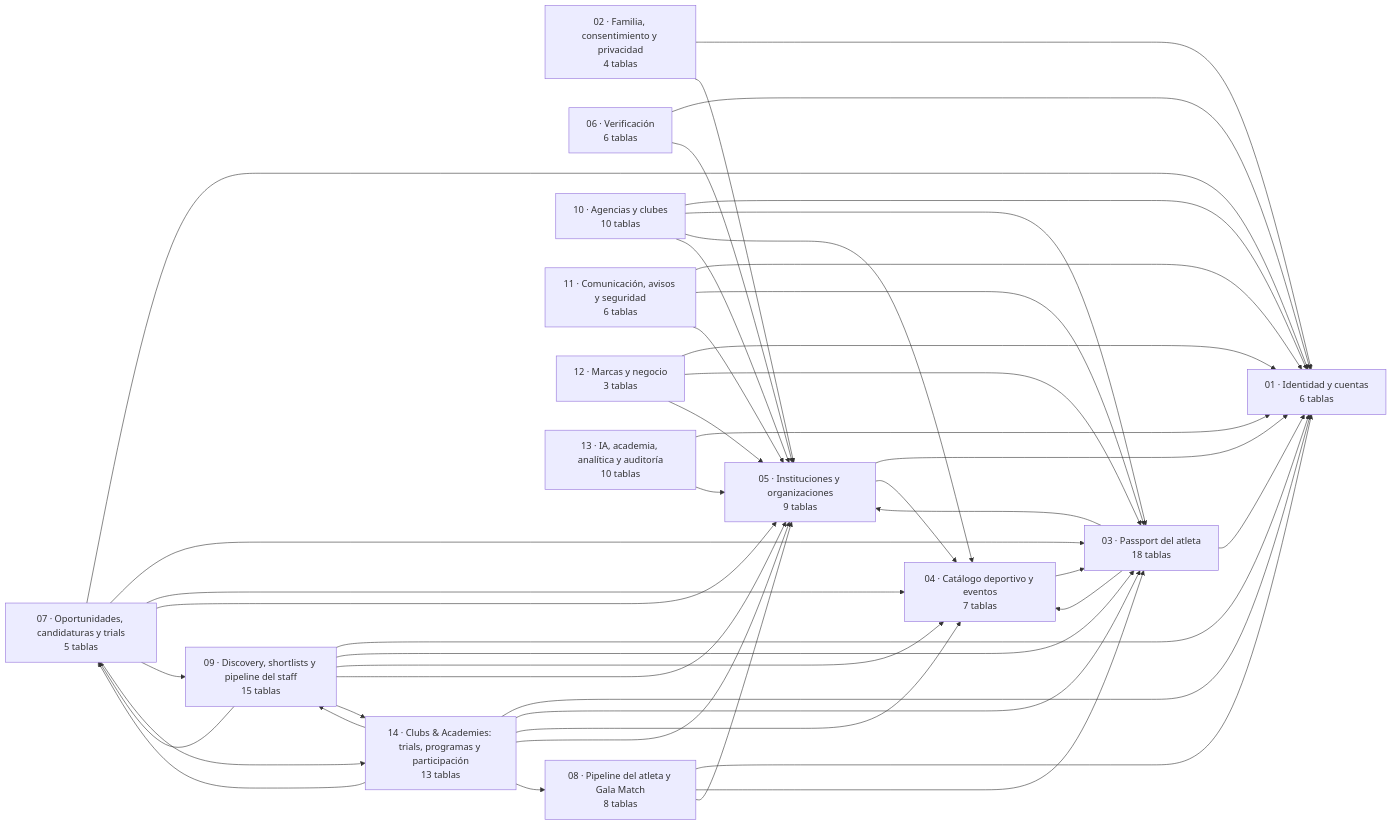
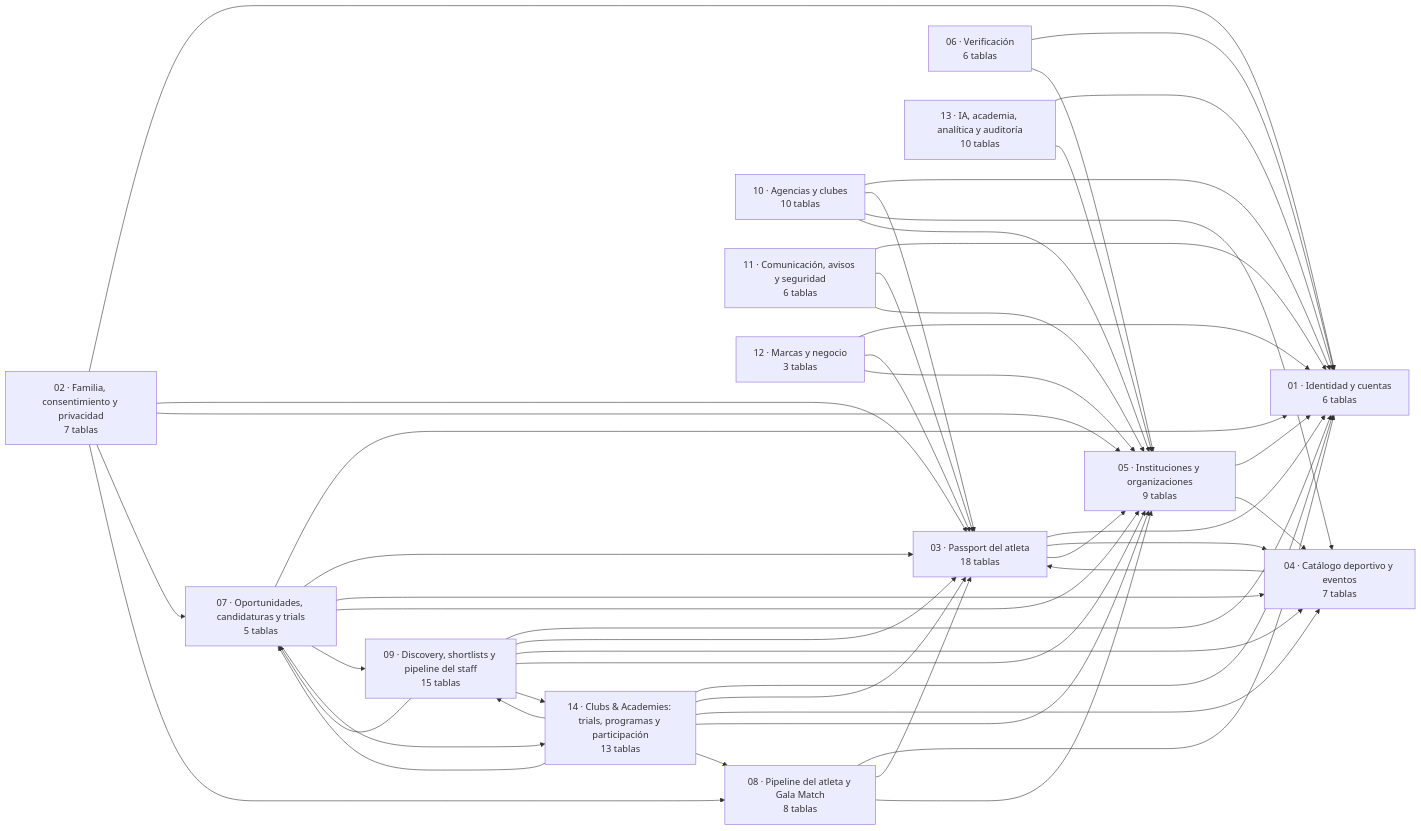
The first of 2 diagrams in docs/erd/00-MASTER.md (Galacamarena9/THE-GALA-ALLIANCE), drawn with Mermaid before and after one commit. The commit also changed other lines of this file and 32 other files, not shown here.

````diff
--- a/docs/erd/00-MASTER.md
+++ b/docs/erd/00-MASTER.md
@@ -13,61 +13,64 @@
 ```mermaid
 flowchart LR
   D01["01 · Identidad y cuentas<br>6 tablas"]
-  D02["02 · Familia, consentimiento y privacidad<br>4 tablas"]
+  D02["02 · Familia, consentimiento y privacidad<br>7 tablas"]
   D03["03 · Passport del atleta<br>18 tablas"]
   D04["04 · Catálogo deportivo y eventos<br>7 tablas"]
   D05["05 · Instituciones y organizaciones<br>9 tablas"]
   D06["06 · Verificación<br>6 tablas"]
   D07["07 · Oportunidades, candidaturas y trials<br>5 tablas"]
   D08["08 · Pipeline del atleta y Gala Match<br>8 tablas"]
   D09["09 · Discovery, shortlists y pipeline del staff<br>15 tablas"]
   D10["10 · Agencias y clubes<br>10 tablas"]
   D11["11 · Comunicación, avisos y seguridad<br>6 tablas"]
   D12["12 · Marcas y negocio<br>3 tablas"]
   D13["13 · IA, academia, analítica y auditoría<br>10 tablas"]
   D14["14 · Clubs & Academies: trials, programas y participación<br>13 tablas"]
   D02 --> D01
+  D02 --> D03
   D02 --> D05
+  D02 --> D07
+  D02 --> D08
   D03 --> D01
   D03 --> D04
   D03 --> D05
   D04 --> D03
   D05 --> D01
   D05 --> D04
   D06 --> D01
   D06 --> D05
   D07 --> D01
   D07 --> D03
   D07 --> D04
   D07 --> D05
   D07 --> D09
   D07 --> D14
   D08 --> D01
   D08 --> D03
   D08 --> D05
   D09 --> D01
   D09 --> D03
   D09 --> D04
   D09 --> D05
   D09 --> D07
   D09 --> D14
   D10 --> D01
   D10 --> D03
   D10 --> D04
   D10 --> D05
   D11 --> D01
   D11 --> D03
   D11 --> D05
   D12 --> D01
   D12 --> D03
   D12 --> D05
   D14 --> D01
   D14 --> D03
   D14 --> D04
   D14 --> D05
   D14 --> D07
   D14 --> D08
   D14 --> D09
   D13 --> D01
   D13 --> D05
 ```
````
